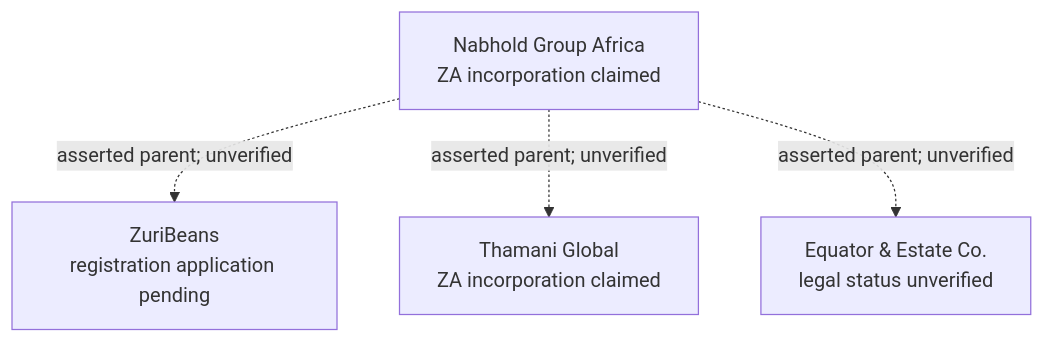
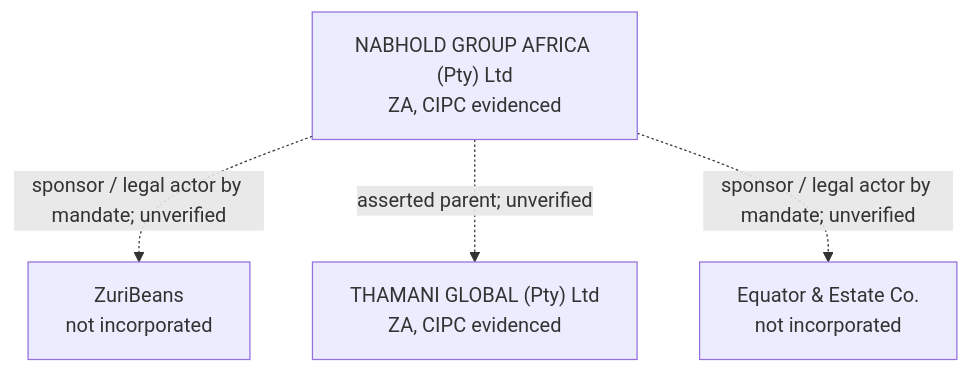
The diagram in docs/showcase/nbo-02-corporate-topology.md (baobab-platform/baobab-cp), drawn with Mermaid before and after one commit. The commit also changed other lines of this file and 7 other files, not shown here.

First line of the commit message:
Align NBO showcase fixture and docs with registry incorporation status (ADR-BCP-026/027)

````diff
--- a/docs/showcase/nbo-02-corporate-topology.md
+++ b/docs/showcase/nbo-02-corporate-topology.md
@@ -14,6 +14,6 @@
 ```mermaid
 flowchart TD
-    A["Nabhold Group Africa\nZA incorporation claimed"] -. "asserted parent; unverified" .-> B["ZuriBeans\nregistration application pending"]
-    A -. "asserted parent; unverified" .-> C["Thamani Global\nZA incorporation claimed"]
-    A -. "asserted parent; unverified" .-> D["Equator & Estate Co.\nlegal status unverified"]
+    A["NABHOLD GROUP AFRICA (Pty) Ltd\nZA, CIPC evidenced"] -. "sponsor / legal actor by mandate; unverified" .-> B["ZuriBeans\nnot incorporated"]
+    A -. "asserted parent; unverified" .-> C["THAMANI GLOBAL (Pty) Ltd\nZA, CIPC evidenced"]
+    A -. "sponsor / legal actor by mandate; unverified" .-> D["Equator & Estate Co.\nnot incorporated"]
 ```
````
